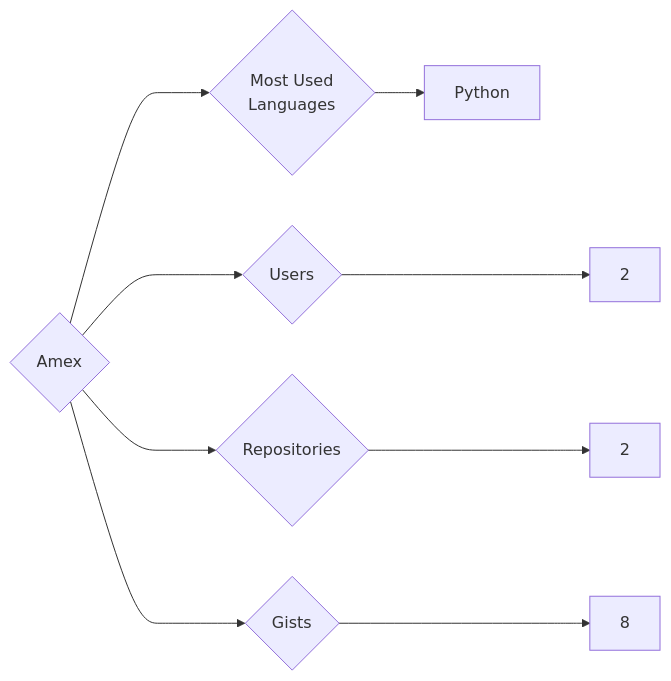
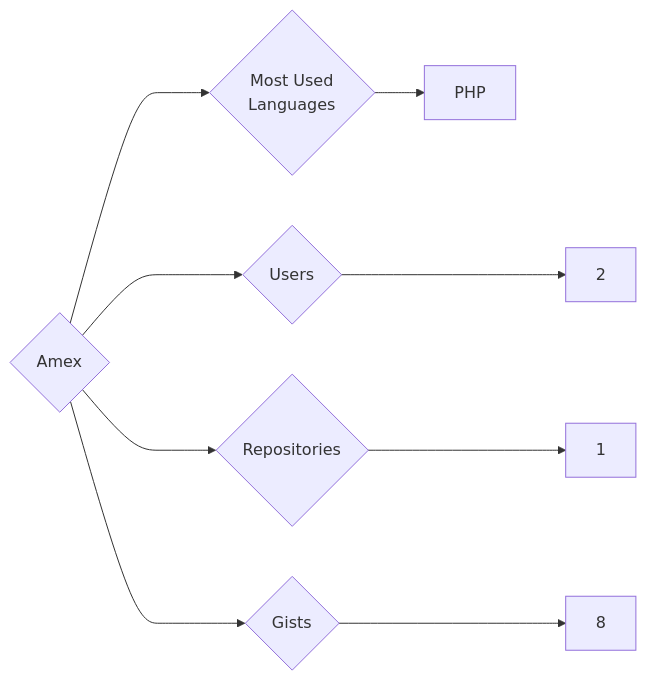
Before and after one commit to trickest/insiders: the diagram in targets/Amex/README.md, drawn with Mermaid. The commit also changed 814 other files, not shown here.

````diff
--- a/targets/Amex/README.md
+++ b/targets/Amex/README.md
@@ -3,9 +3,9 @@
 ```mermaid
 graph LR
 COMPANY_NAME{Amex}
 COMPANY_NAME ---> U{Users} ---> UN[2]
-COMPANY_NAME ---> R{Repositories} ---> RN[2]
+COMPANY_NAME ---> R{Repositories} ---> RN[1]
 COMPANY_NAME ---> G{Gists} ---> GN[8]
 COMPANY_NAME ---> ML{Most Used<br>Languages}
-ML --> Python[Python]
+ML --> PHP[PHP]
 ```
````
